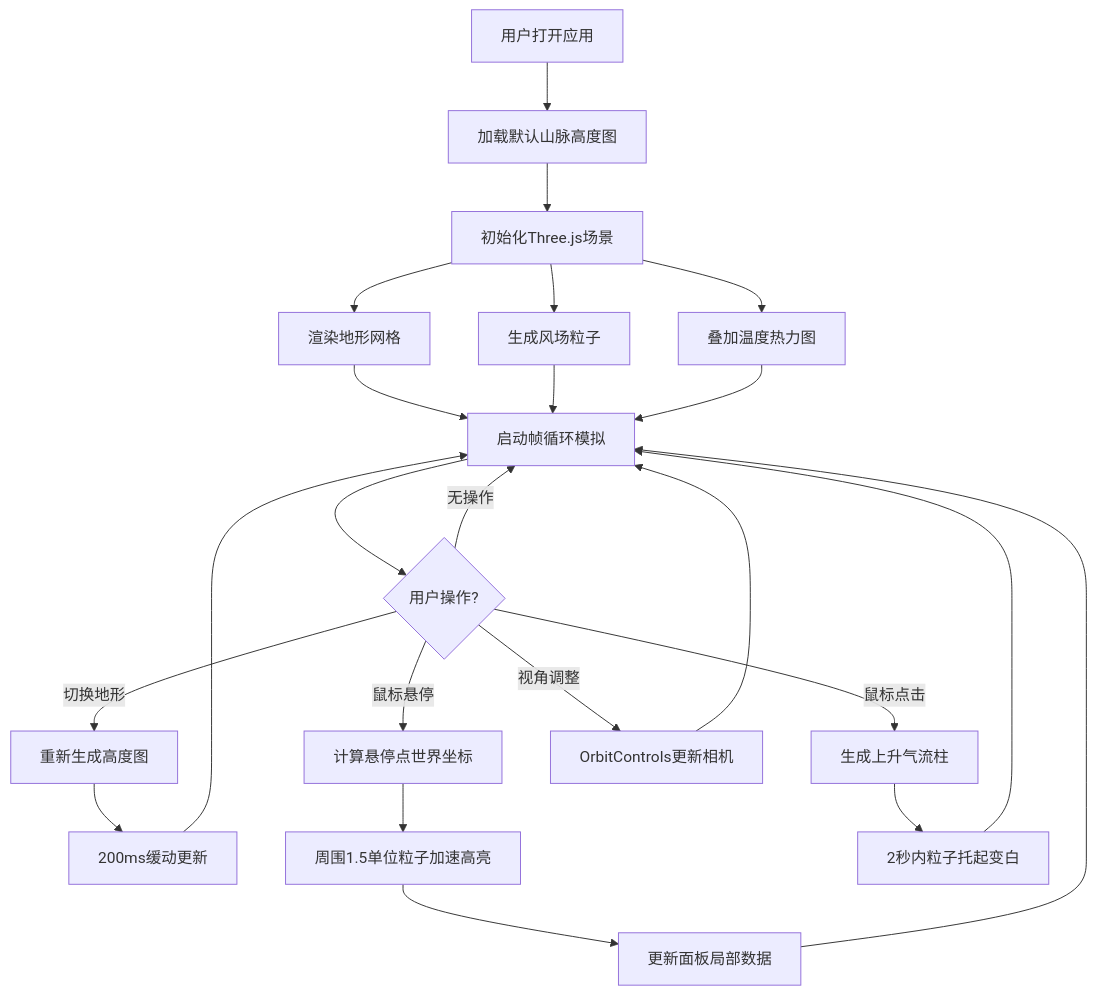
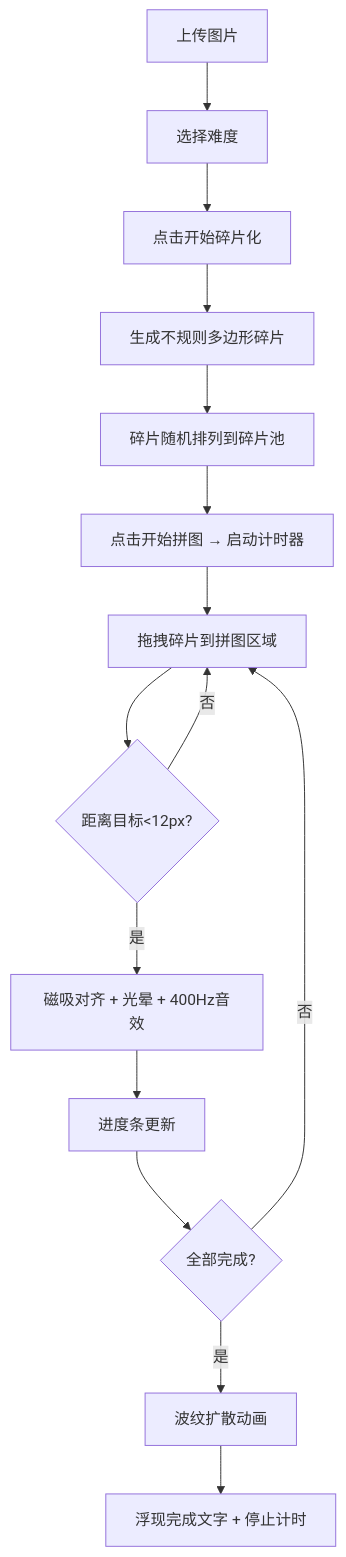
One commit to NUDT-ZSL/Solo changed the diagram in cp1_6.9_auto32/.trae/documents/PRD.md. Above: the diagram before and after it, drawn with Mermaid. The commit also changed other lines of this file and 27 other files, not shown here.

````diff
--- a/cp1_6.9_auto32/.trae/documents/PRD.md
+++ b/cp1_6.9_auto32/.trae/documents/PRD.md
@@ -48,23 +36,17 @@
 ```mermaid
 flowchart TD
-    A["用户打开应用"] --> B["加载默认山脉高度图"]
-    B --> C["初始化Three.js场景"]
-    C --> D["渲染地形网格"]
-    C --> E["生成风场粒子"]
-    C --> F["叠加温度热力图"]
-    D & E & F --> G["启动帧循环模拟"]
-    G --> H{"用户操作?"}
-    H -->|切换地形| I["重新生成高度图"]
-    I --> J["200ms缓动更新"]
-    J --> G
-    H -->|鼠标悬停| K["计算悬停点世界坐标"]
-    K --> L["周围1.5单位粒子加速高亮"]
-    L --> M["更新面板局部数据"]
-    M --> G
-    H -->|鼠标点击| N["生成上升气流柱"]
-    N --> O["2秒内粒子托起变白"]
-    O --> G
-    H -->|视角调整| P["OrbitControls更新相机"]
-    P --> G
-    H -->|无操作| G
+    A["上传图片"] --> B["选择难度"]
+    B --> C["点击开始碎片化"]
+    C --> D["生成不规则多边形碎片"]
+    D --> E["碎片随机排列到碎片池"]
+    E --> F["点击开始拼图 → 启动计时器"]
+    F --> G["拖拽碎片到拼图区域"]
+    G --> H{"距离目标<12px?"}
+    H -->|是| I["磁吸对齐 + 光晕 + 400Hz音效"]
+    H -->|否| G
+    I --> J["进度条更新"]
+    J --> K{"全部完成?"}
+    K -->|否| G
+    K -->|是| L["波纹扩散动画"]
+    L --> M["浮现完成文字 + 停止计时"]
 ```
````
